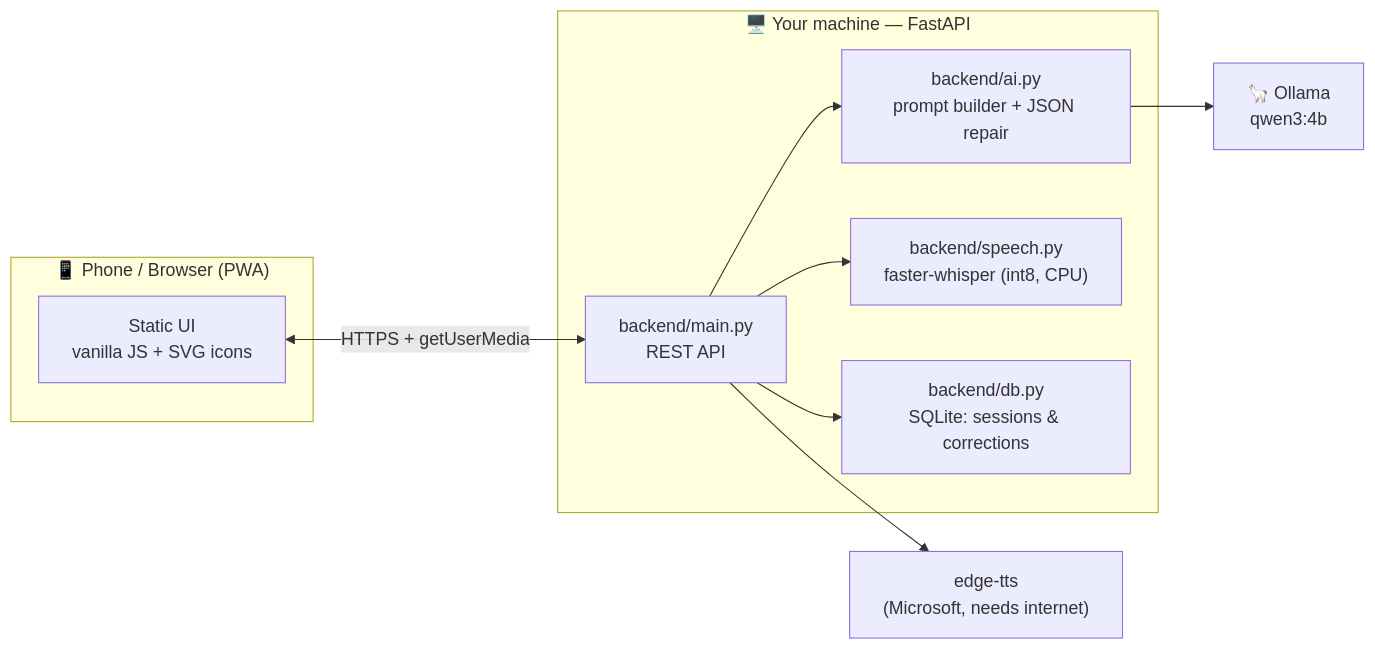
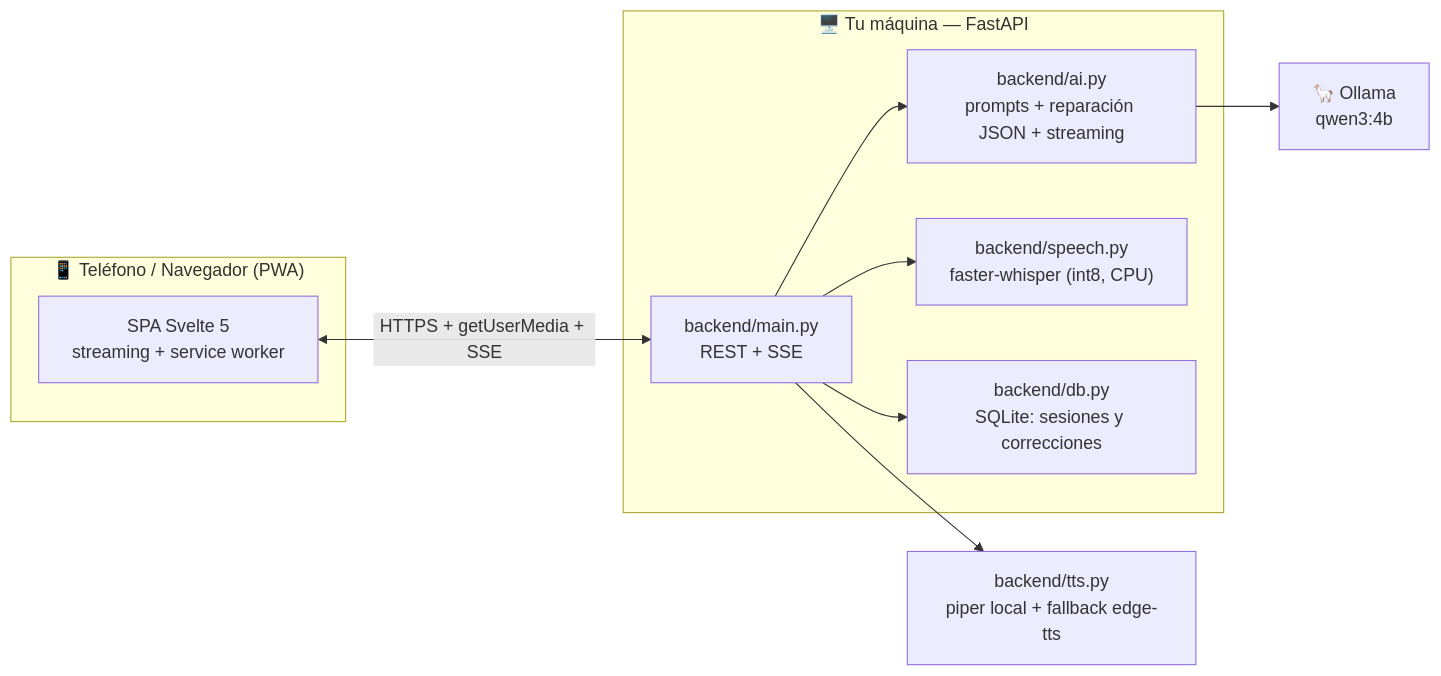
The diagram in README.md (breynerciro/practicespeak-AI), drawn with Mermaid before and after one commit. The commit also changed other lines of this file, not shown here.

Commit message:
docs: add comprehensive README with project overview, architecture, and setup instructions

````diff
--- a/README.md
+++ b/README.md
@@ -27,20 +31,20 @@
 ```mermaid
 flowchart LR
-    subgraph Phone["📱 Phone / Browser (PWA)"]
-        UI["Static UI\nvanilla JS + SVG icons"]
+    subgraph Phone["📱 Teléfono / Navegador (PWA)"]
+        UI["SPA Svelte 5\nstreaming + service worker"]
     end
-    subgraph Server["🖥️ Your machine — FastAPI"]
-        API["backend/main.py\nREST API"]
-        AI["backend/ai.py\nprompt builder + JSON repair"]
+    subgraph Server["🖥️ Tu máquina — FastAPI"]
+        API["backend/main.py\nREST + SSE"]
+        AI["backend/ai.py\nprompts + reparación JSON + streaming"]
         SP["backend/speech.py\nfaster-whisper (int8, CPU)"]
-        DB["backend/db.py\nSQLite: sessions & corrections"]
+        DB["backend/db.py\nSQLite: sesiones y correcciones"]
     end
     O["🦙 Ollama\nqwen3:4b"]
-    T["edge-tts\n(Microsoft, needs internet)"]
+    T["backend/tts.py\npiper local + fallback edge-tts"]
 
-    UI <-->|HTTPS + getUserMedia| API
+    UI <-->|HTTPS + getUserMedia + SSE| API
     API --> AI --> O
     API --> SP
     API --> DB
     API --> T
 ```
````
